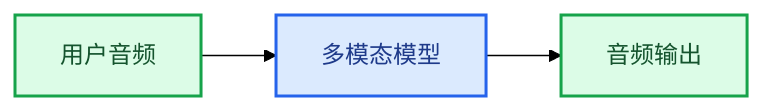
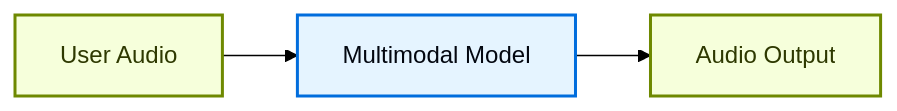
Before and after one commit to kunfan96/cndocs-langchain: the second of 2 diagrams in oss/javascript/langchain/voice-agent.mdx, drawn with Mermaid (forest theme). The commit also changed other lines of this file and 2538 other files, not shown here.

````diff
--- a/oss/javascript/langchain/voice-agent.mdx
+++ b/oss/javascript/langchain/voice-agent.mdx
@@ -65,11 +65,11 @@
 ```mermaid
 flowchart LR
-    A[用户音频] --> B[多模态模型]
-    B --> C[音频输出]
+    A[User Audio] --> B[Multimodal Model]
+    B --> C[Audio Output]
 
-    classDef trigger fill:#DCFCE7,stroke:#16A34A,stroke-width:2px,color:#14532D
-    classDef process fill:#DBEAFE,stroke:#2563EB,stroke-width:2px,color:#1E3A8A
+    classDef trigger fill:#F6FFDB,stroke:#6E8900,stroke-width:2px,color:#2E3900
+    classDef process fill:#E5F4FF,stroke:#006DDD,stroke-width:2px,color:#030710
 
     class A,C trigger
     class B process
 ```
````
